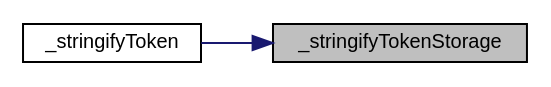
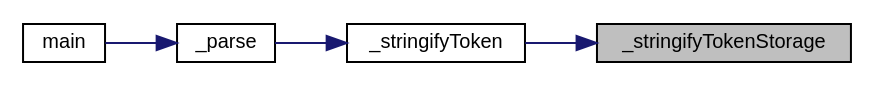
One commit to 4bstr4ct/corth changed the diagram in docs/corthc.org/db/d58/group__TOKEN_ga9b32167937fbc9dccb012b0cd90113c3_icgraph.dot. Above: the diagram before and after it, drawn with Graphviz. The commit also changed 95 other files, not shown here.

Commit message:
Still worknig on a parser - this time to parse main with return 0 and that's it...

```diff
--- a/docs/corthc.org/db/d58/group__TOKEN_ga9b32167937fbc9dccb012b0cd90113c3_icgraph.dot
+++ b/docs/corthc.org/db/d58/group__TOKEN_ga9b32167937fbc9dccb012b0cd90113c3_icgraph.dot
@@ -1,10 +1,14 @@
 digraph "_stringifyTokenStorage"
 {
  // LATEX_PDF_SIZE
   edge [fontname="Helvetica",fontsize="10",labelfontname="Helvetica",labelfontsize="10"];
   node [fontname="Helvetica",fontsize="10",shape=record];
   rankdir="RL";
   Node1 [label="_stringifyTokenStorage",height=0.2,width=0.4,color="black", fillcolor="grey75", style="filled", fontcolor="black",tooltip="Stringify token storage."];
   Node1 -> Node2 [dir="back",color="midnightblue",fontsize="10",style="solid",fontname="Helvetica"];
   Node2 [label="_stringifyToken",height=0.2,width=0.4,color="black", fillcolor="white", style="filled",URL="$db/d58/group__TOKEN.html#ga64540ed8048da126162d7e49a6fef735",tooltip="Stringify a token with all its fields into a static chars buffer and return a pointer to that buffer'..."];
+  Node2 -> Node3 [dir="back",color="midnightblue",fontsize="10",style="solid",fontname="Helvetica"];
+  Node3 [label="_parse",height=0.2,width=0.4,color="black", fillcolor="white", style="filled",URL="$d2/d72/parser_8c.html#aa13b44093a9b4f501c43f640be3790ec",tooltip=" "];
+  Node3 -> Node4 [dir="back",color="midnightblue",fontsize="10",style="solid",fontname="Helvetica"];
+  Node4 [label="main",height=0.2,width=0.4,color="black", fillcolor="white", style="filled",URL="$d0/d29/main_8c.html#a3c04138a5bfe5d72780bb7e82a18e627",tooltip=" "];
 }
```
